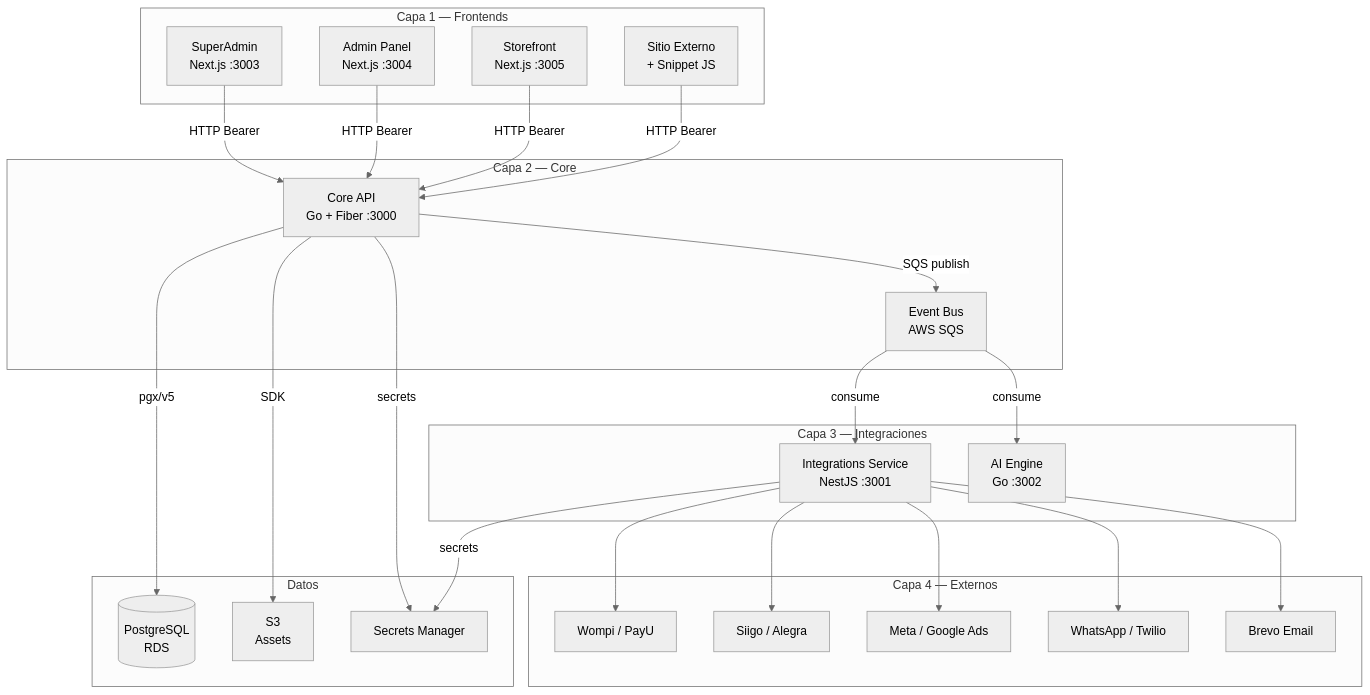
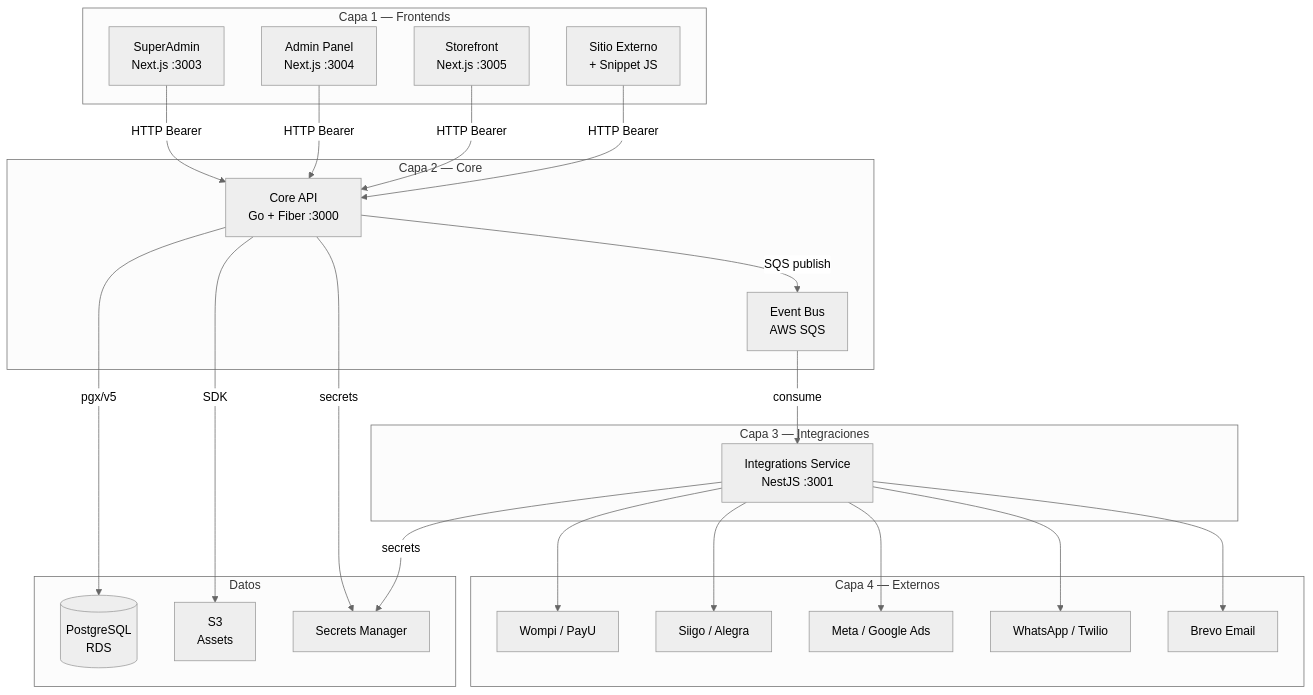
One commit to Ap3xc0de/goshopping changed the diagram in docs/docs/arquitectura/vision-general.md. Above: the diagram before and after it, drawn with Mermaid (neutral theme). The commit also changed other lines of this file and 122 other files, not shown here.

````diff
--- a/docs/docs/arquitectura/vision-general.md
+++ b/docs/docs/arquitectura/vision-general.md
@@ -11,54 +11,52 @@
 ```mermaid
 graph TB
     subgraph frontend["Capa 1 — Frontends"]
         SA["SuperAdmin\nNext.js :3003"]
         ADM["Admin Panel\nNext.js :3004"]
         SF["Storefront\nNext.js :3005"]
         EXT["Sitio Externo\n+ Snippet JS"]
     end
 
     subgraph core["Capa 2 — Core"]
         API["Core API\nGo + Fiber :3000"]
         EB["Event Bus\nAWS SQS"]
     end
 
     subgraph integrations["Capa 3 — Integraciones"]
         INT["Integrations Service\nNestJS :3001"]
-        AI["AI Engine\nGo :3002"]
     end
 
     subgraph externos["Capa 4 — Externos"]
         WOMPI["Wompi / PayU"]
         SIIGO["Siigo / Alegra"]
         META["Meta / Google Ads"]
         WA["WhatsApp / Twilio"]
         BREVO["Brevo Email"]
     end
 
     subgraph data["Datos"]
         PG[("PostgreSQL\nRDS")]
         S3["S3\nAssets"]
         SM["Secrets Manager"]
     end
 
     SA -->|HTTP Bearer| API
     ADM -->|HTTP Bearer| API
     SF -->|HTTP Bearer| API
     EXT -->|HTTP Bearer| API
 
     API -->|pgx/v5| PG
     API -->|SQS publish| EB
     API -->|SDK| S3
 
     EB -->|consume| INT
-    EB -->|consume| AI
 
     INT --> WOMPI
     INT --> SIIGO
     INT --> META
     INT --> WA
     INT --> BREVO
 
     API -->|secrets| SM
     INT -->|secrets| SM
 ```
````
